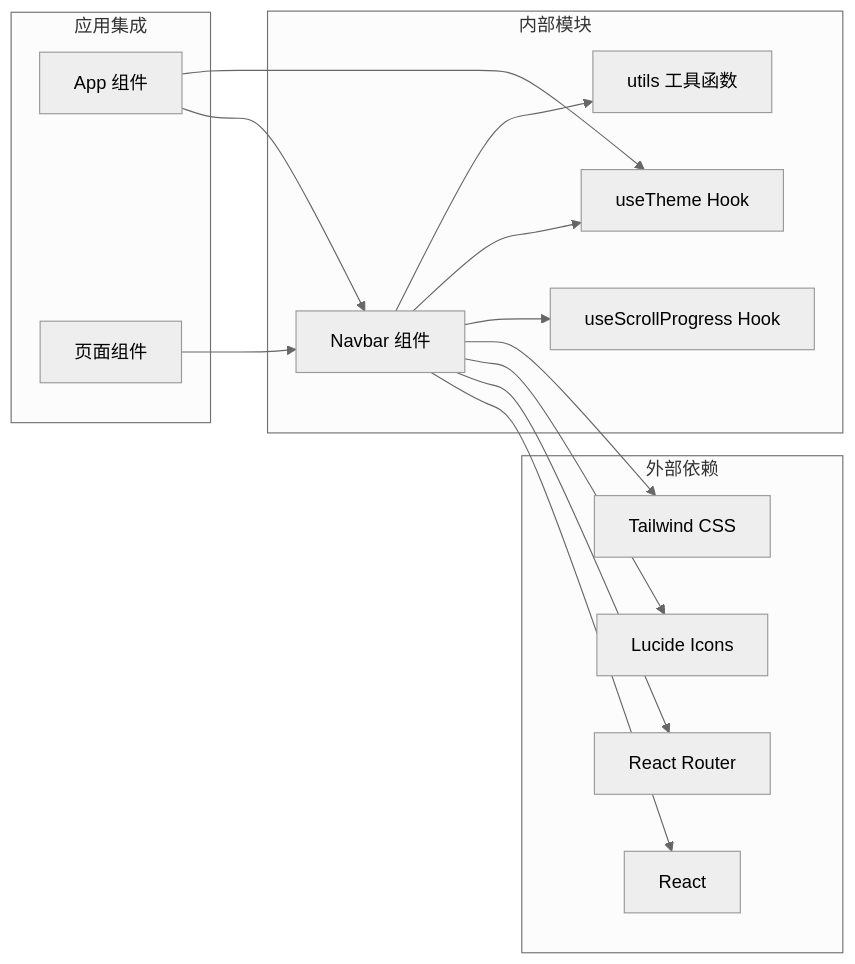
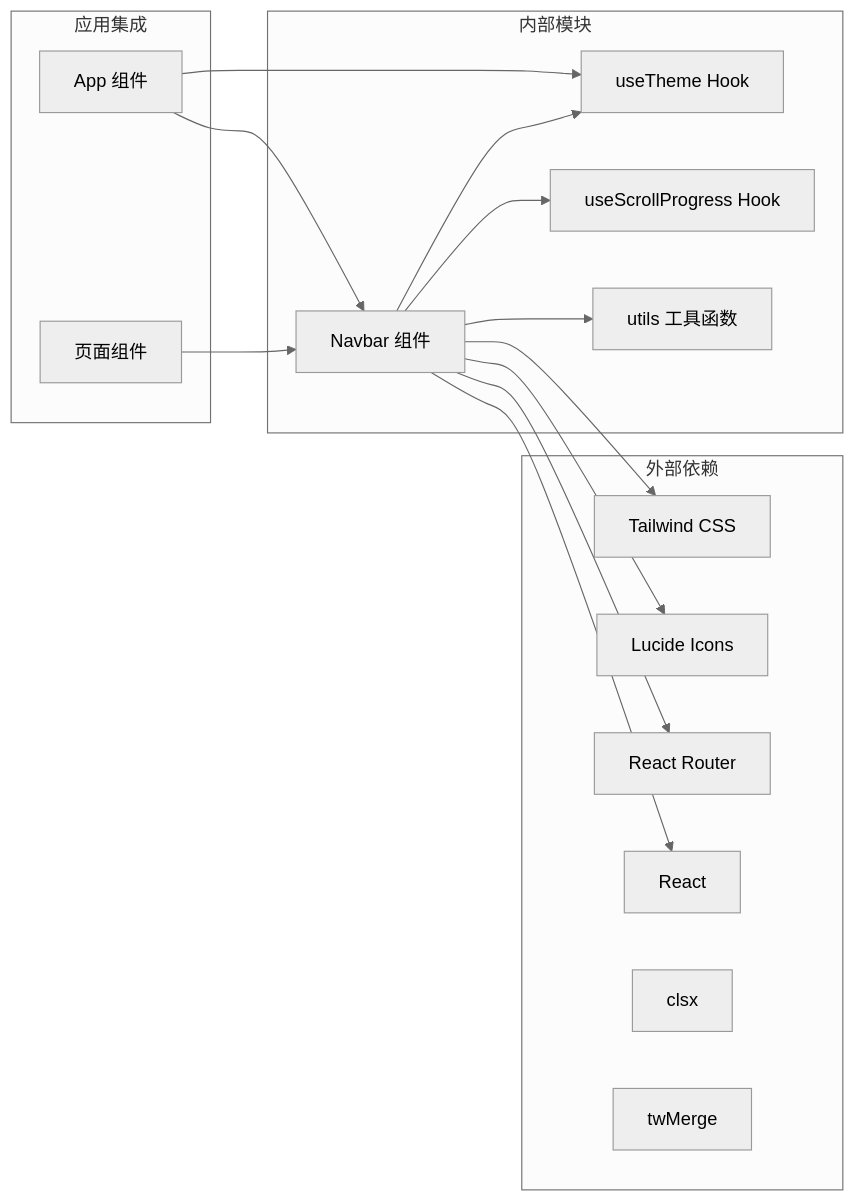
One commit to InfSky-233/B02 changed the seventh of 7 diagrams in .qoder/repowiki/zh/content/组件系统/导航栏组件 (Navbar).md. Above: the diagram before and after it, drawn with Mermaid (neutral theme). The commit also changed other lines of this file and 12 other files, not shown here.

````diff
--- a/.qoder/repowiki/zh/content/组件系统/导航栏组件 (Navbar).md
+++ b/.qoder/repowiki/zh/content/组件系统/导航栏组件 (Navbar).md
@@ -277,29 +323,31 @@
 ```mermaid
 graph LR
 subgraph "外部依赖"
 React[React]
 Router[React Router]
 Lucide[Lucide Icons]
 Tailwind[Tailwind CSS]
+clsx[clsx]
+twMerge[twMerge]
 end
 subgraph "内部模块"
 Navbar[Navbar 组件]
 useScrollProgress[useScrollProgress Hook]
 useTheme[useTheme Hook]
 utils[utils 工具函数]
 end
 subgraph "应用集成"
 App[App 组件]
 Pages[页面组件]
 end
 Navbar --> React
 Navbar --> Router
 Navbar --> Lucide
 Navbar --> Tailwind
+Navbar --> utils
 Navbar --> useScrollProgress
 Navbar --> useTheme
-Navbar --> utils
 App --> Navbar
 App --> useTheme
 Pages --> Navbar
 ```
````
